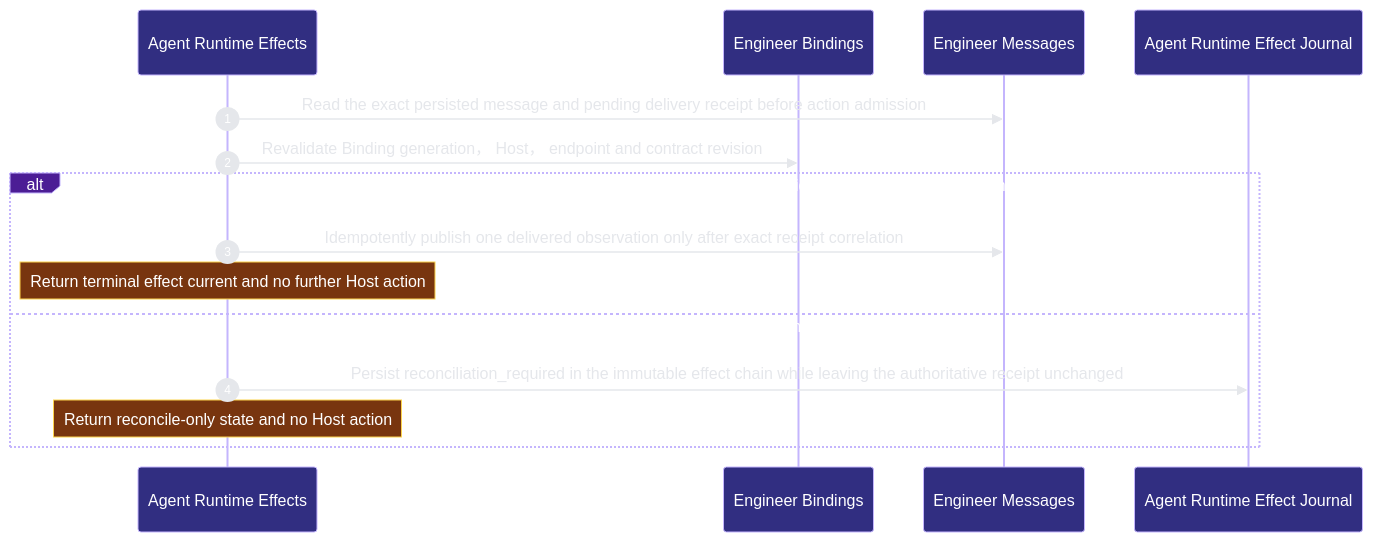
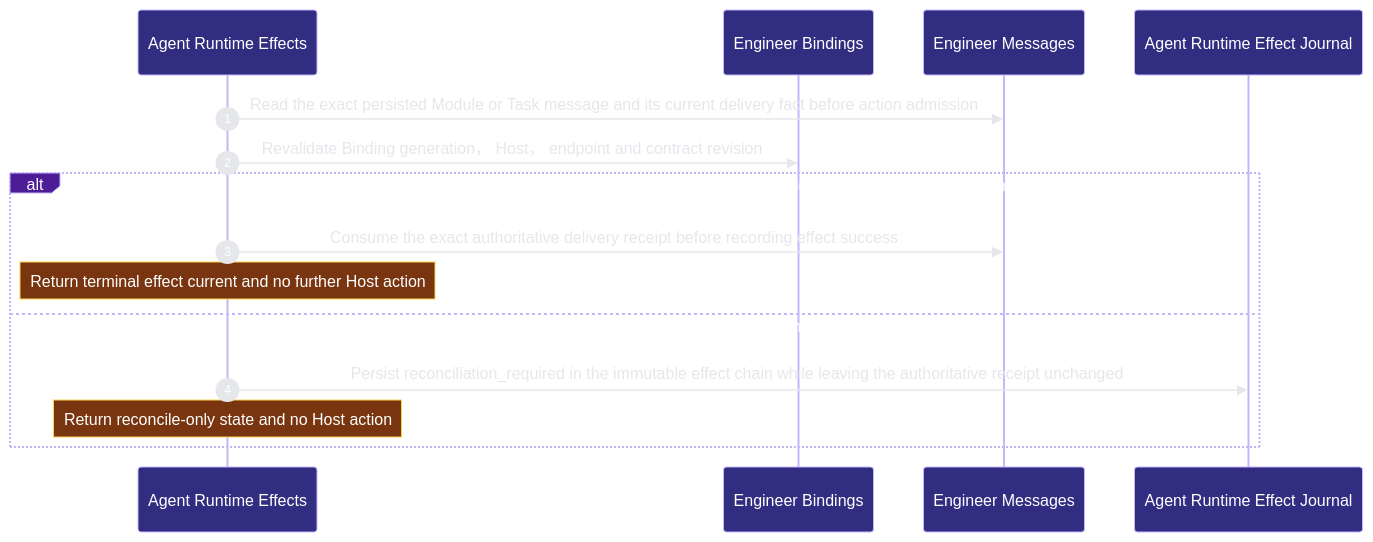
One commit to Ancienttwo/repo-harness changed the second of 2 diagrams in docs/architecture/modules/runtime-harness/agent-runtime-effects.md. Above: the diagram before and after it, drawn with Mermaid. The commit also changed other lines of this file and 66 other files, not shown here.

````diff
--- a/docs/architecture/modules/runtime-harness/agent-runtime-effects.md
+++ b/docs/architecture/modules/runtime-harness/agent-runtime-effects.md
@@ -68,18 +69,18 @@
 ```mermaid
 %%{init: {"theme":"base","themeVariables":{"background":"#0d1117","actorBkg":"#312e81","actorBorder":"#c4b5fd","actorTextColor":"#ffffff","signalColor":"#e5e7eb","signalTextColor":"#e5e7eb","labelBoxBkgColor":"#4c1d95","labelBoxBorderColor":"#c4b5fd","labelTextColor":"#ffffff","noteBkgColor":"#78350f","noteBorderColor":"#fcd34d","noteTextColor":"#ffffff","sequenceNumberColor":"#ffffff"}}}%%
 sequenceDiagram
   autonumber
   participant p2_effect_journal_1eea3f14 as Agent Runtime Effects
   participant p2_binding_authority_b56d10c4 as Engineer Bindings
   participant p2_message_authority_43d726e6 as Engineer Messages
   participant p2_effect_schema_e2bdceda as Agent Runtime Effect Journal
-  p2_effect_journal_1eea3f14->>p2_message_authority_43d726e6: Read the exact persisted message and pending delivery receipt before action admission
+  p2_effect_journal_1eea3f14->>p2_message_authority_43d726e6: Read the exact persisted Module or Task message and its current delivery fact before action admission
   p2_effect_journal_1eea3f14->>p2_binding_authority_b56d10c4: Revalidate Binding generation， Host， endpoint and contract revision
   alt One immutable intent admits at most one Host action and exact receipt evidence closes the observation chain
-  p2_effect_journal_1eea3f14->>p2_message_authority_43d726e6: Idempotently publish one delivered observation only after exact receipt correlation
+  p2_effect_journal_1eea3f14->>p2_message_authority_43d726e6: Consume the exact authoritative delivery receipt before recording effect success
     Note over p2_effect_journal_1eea3f14: Return terminal effect current and no further Host action
   else Lost acknowledgement or ambiguous Host facts remain reconciliation_required without retry
   p2_effect_journal_1eea3f14->>p2_effect_schema_e2bdceda: Persist reconciliation_required in the immutable effect chain while leaving the authoritative receipt unchanged
     Note over p2_effect_journal_1eea3f14: Return reconcile-only state and no Host action
   end
 ```
````
